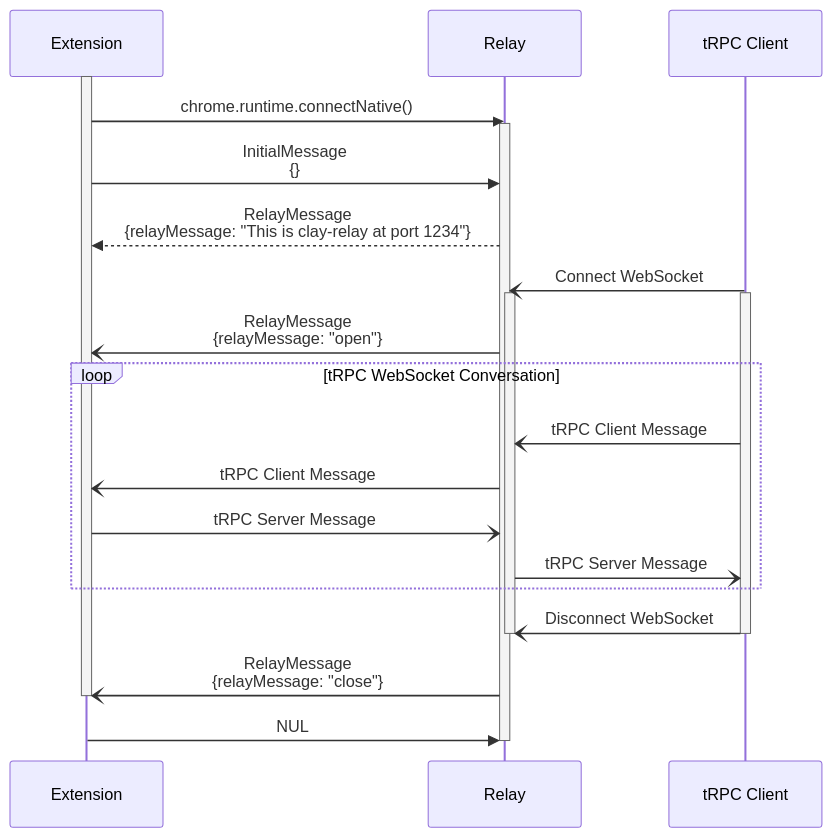
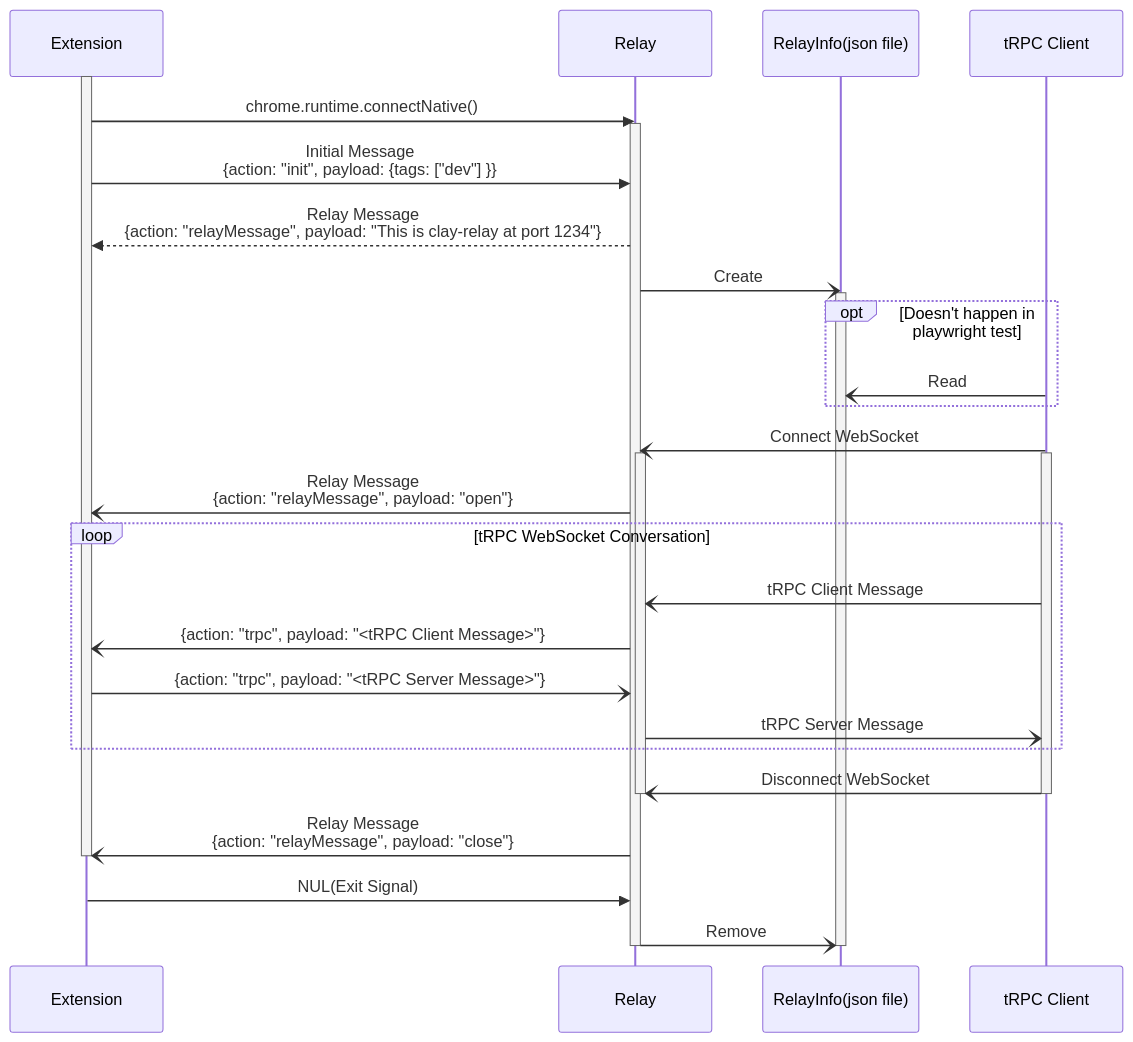
One commit to kenty02/clay-relay changed the diagram in README.md. Above: the diagram before and after it, drawn with Mermaid. The commit also changed 1 other file, not shown here.

Commit message:
improve protocols and docs

````diff
--- a/README.md
+++ b/README.md
@@ -3,27 +3,34 @@
 ```mermaid
 sequenceDiagram
     activate Extension
     Extension->>Relay: chrome.runtime.connectNative()
     activate Relay
-    Extension->>Relay: InitialMessage<br>{}
-    Relay-->>Extension: RelayMessage<br>{relayMessage: "This is clay-relay at port 1234"}
+    Extension->>Relay: Initial Message<br>{action: "init", payload: {tags: ["dev"] }}
+    Relay-->>Extension: Relay Message<br>{action: "relayMessage", payload: "This is clay-relay at port 1234"}
+    Relay-)RelayInfo(json file): Create
+    activate RelayInfo(json file)
     
+    opt Doesn't happen in playwright test
+    tRPC Client-)RelayInfo(json file): Read
+    end
     tRPC Client-)Relay: Connect WebSocket
     activate Relay
     activate tRPC Client
-    Relay-)Extension: RelayMessage<br>{relayMessage: "open"}
+    Relay-)Extension: Relay Message<br>{action: "relayMessage", payload: "open"}
     loop tRPC WebSocket Conversation
         tRPC Client-)Relay: tRPC Client Message
-        Relay-)Extension: tRPC Client Message
-        Extension-)Relay: tRPC Server Message
+        Relay-)Extension: {action: "trpc", payload: "<tRPC Client Message>"}
+        Extension-)Relay: {action: "trpc", payload: "<tRPC Server Message>"}
         Relay-)tRPC Client: tRPC Server Message
      end
     tRPC Client-)Relay: Disconnect WebSocket
     deactivate Relay
     deactivate tRPC Client
-    Relay-)Extension: RelayMessage<br>{relayMessage: "close"}
+    Relay-)Extension: Relay Message<br>{action: "relayMessage", payload: "close"}
     
     deactivate Extension
-    Extension->>Relay: NUL
+    Extension->>Relay: NUL(Exit Signal)
+    Relay-)RelayInfo(json file): Remove
+    deactivate RelayInfo(json file)
     deactivate Relay
 ```
````
